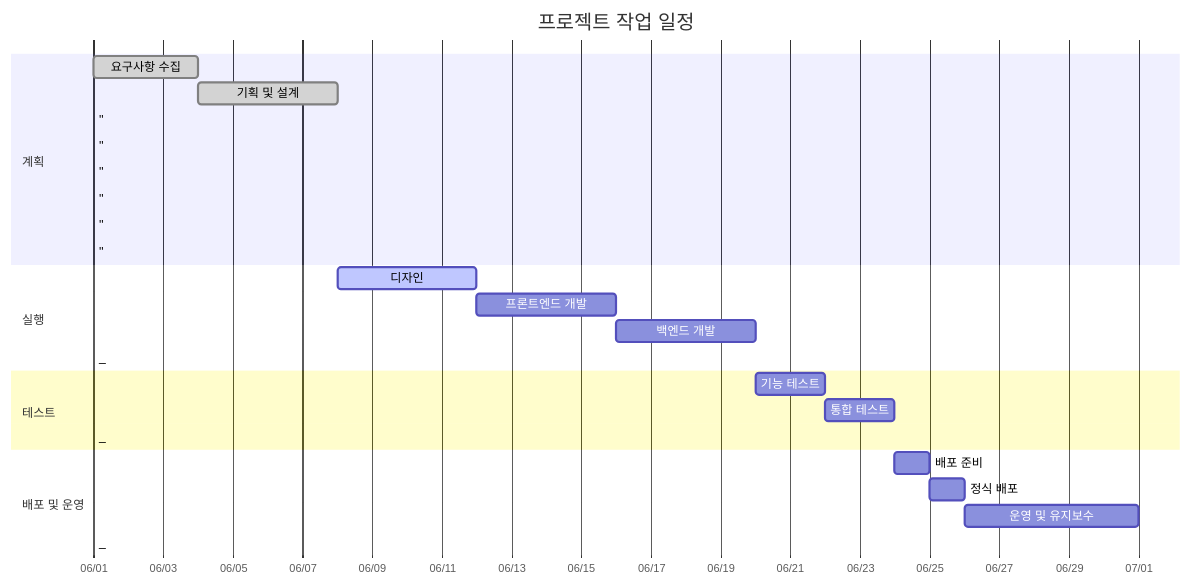
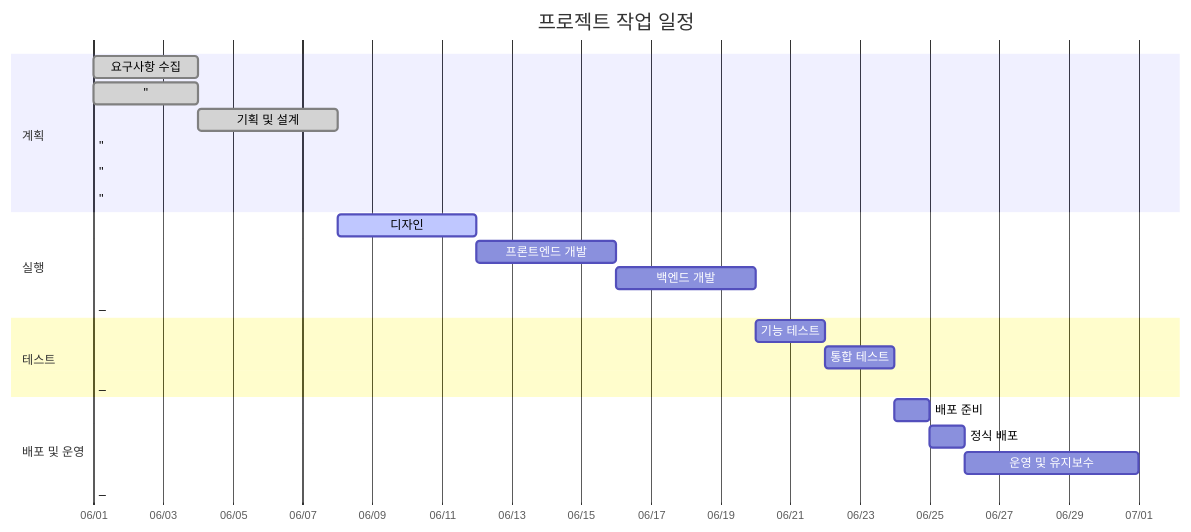
The diagram in README.md (RAILWAY-2025/RAILWAY_FRONT), drawn with Mermaid before and after one commit.

````diff
--- a/README.md
+++ b/README.md
@@ -5,34 +5,32 @@
 ```mermaid
 gantt
 title 프로젝트 작업 일정
 dateFormat YYYY-MM-DD
 axisFormat %m/%d
 %% 화면에 꽉 차 보이도록 섹션을 충분히 배치
 
 section 계획
 요구사항 수집       :done,    a1, 2025-06-01, 3d
+''            :done,    dummy1, 2025-06-01, 3d
 기획 및 설계        :done,    a2, 2025-06-04, 4d
-''            :done,    dummy1, 2025-06-01, 0d
-''            :done,    dummy55, 2025-06-01, 0d
-''            :done,    dummy56, 2025-06-01, 0d
 ''            :done,    dummy552, 2025-06-01, 0d
 ''            :done,    dummy12, 2025-06-01, 0d
 ''            :done,    dummy5555, 2025-06-01, 0d
 
 section 실행
 디자인              :active,  a3, 2025-06-08, 4d
 프론트엔드 개발       :         a4, 2025-06-12, 4d
 백엔드 개발          :         a5, 2025-06-16, 4d
  _           :done,    dummy2, 2025-06-01, 0d
 
 section 테스트
 기능 테스트          :         a6, 2025-06-20, 2d
 통합 테스트          :         a7, 2025-06-22, 2d
 _            :done,    dummy3, 2025-06-01, 0d
 
 section 배포 및 운영
 배포 준비            :         a8, 2025-06-24, 1d
 정식 배포            :         a9, 2025-06-25, 1d
 운영 및 유지보수     :         a10, 2025-06-26, 5d
  _          :done,    dummy4, 2025-06-01, 0d
 ```
````
